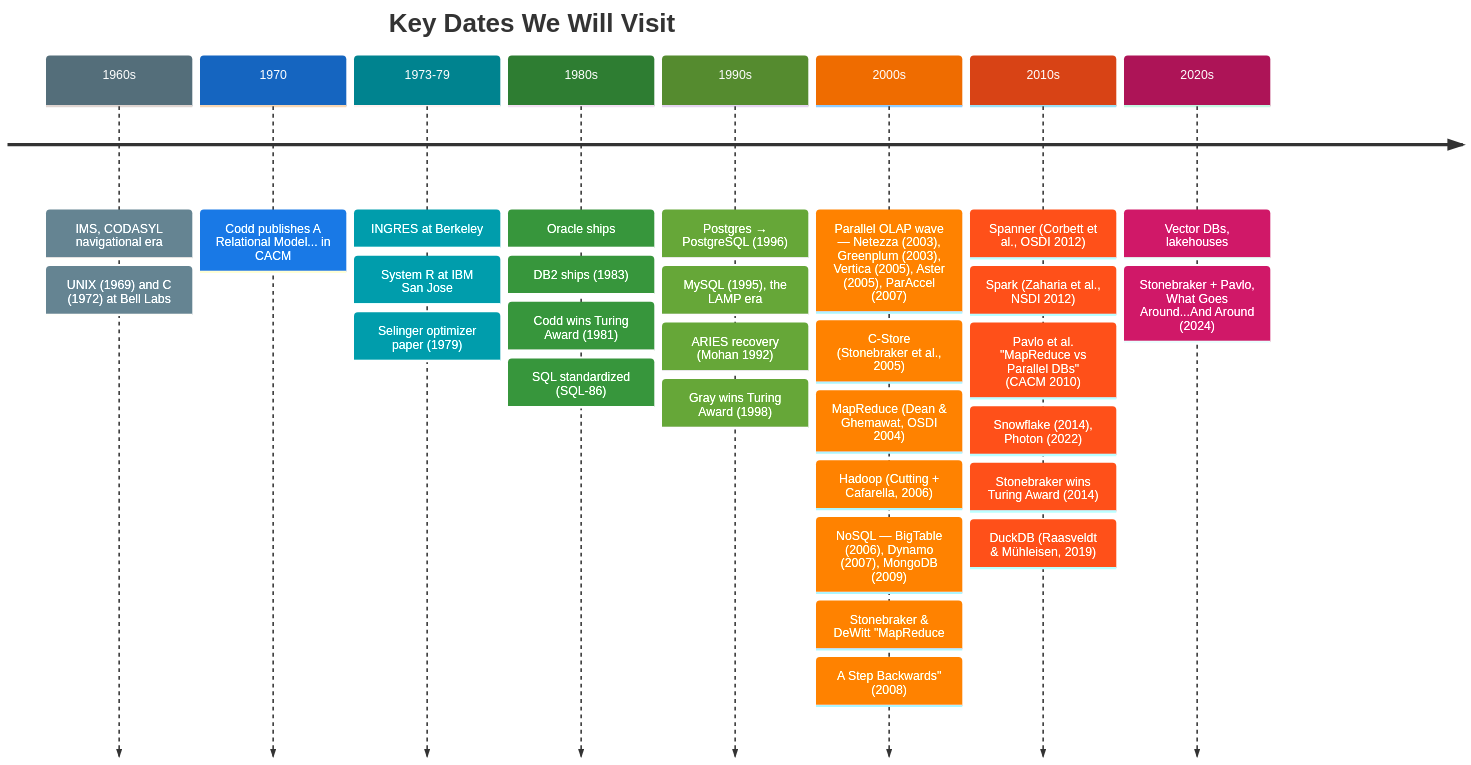
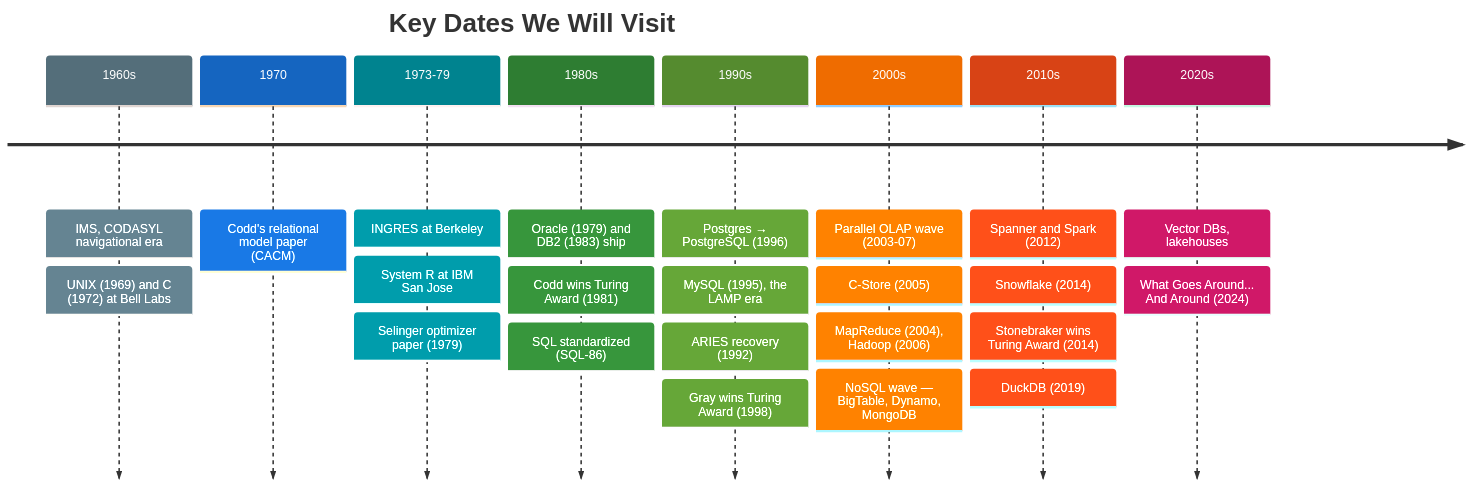
Before and after one commit to ufdatastudio/cop5725fa26: the second of 20 diagrams in lecture-outlines/day2-database-history/slides.md, drawn with Mermaid. The commit also changed other lines of this file and 1 other file, not shown here.

Commit message:
docs: fix portrait cropping, color day 2 timelines, and add Oracle CIA origin

````diff
--- a/lecture-outlines/day2-database-history/slides.md
+++ b/lecture-outlines/day2-database-history/slides.md
@@ -62,42 +62,37 @@
 ```mermaid
 %%{init: {'theme':'base', 'themeVariables': {
   'cScale0':'#546e7a', 'cScaleLabel0':'#ffffff',
   'cScale1':'#1565c0', 'cScaleLabel1':'#ffffff',
   'cScale2':'#00838f', 'cScaleLabel2':'#ffffff',
   'cScale3':'#2e7d32', 'cScaleLabel3':'#ffffff',
   'cScale4':'#558b2f', 'cScaleLabel4':'#ffffff',
   'cScale5':'#ef6c00', 'cScaleLabel5':'#ffffff',
   'cScale6':'#d84315', 'cScaleLabel6':'#ffffff',
   'cScale7':'#ad1457', 'cScaleLabel7':'#ffffff'
 }}}%%
 timeline
   title Key Dates We Will Visit
   1960s : IMS, CODASYL navigational era
         : UNIX (1969) and C (1972) at Bell Labs
-  1970 : Codd publishes A Relational Model... in CACM
+  1970 : Codd's relational model paper (CACM)
   1973-79 : INGRES at Berkeley
           : System R at IBM San Jose
           : Selinger optimizer paper (1979)
-  1980s : Oracle ships
-        : DB2 ships (1983)
+  1980s : Oracle (1979) and DB2 (1983) ship
         : Codd wins Turing Award (1981)
         : SQL standardized (SQL-86)
   1990s : Postgres → PostgreSQL (1996)
         : MySQL (1995), the LAMP era
-        : ARIES recovery (Mohan 1992)
+        : ARIES recovery (1992)
         : Gray wins Turing Award (1998)
-  2000s : Parallel OLAP wave — Netezza (2003), Greenplum (2003), Vertica (2005), Aster (2005), ParAccel (2007)
-        : C-Store (Stonebraker et al., 2005)
-        : MapReduce (Dean & Ghemawat, OSDI 2004)
-        : Hadoop (Cutting + Cafarella, 2006)
-        : NoSQL — BigTable (2006), Dynamo (2007), MongoDB (2009)
-        : Stonebraker & DeWitt "MapReduce: A Step Backwards" (2008)
-  2010s : Spanner (Corbett et al., OSDI 2012)
-        : Spark (Zaharia et al., NSDI 2012)
-        : Pavlo et al. "MapReduce vs Parallel DBs" (CACM 2010)
-        : Snowflake (2014), Photon (2022)
+  2000s : Parallel OLAP wave (2003-07)
+        : C-Store (2005)
+        : MapReduce (2004), Hadoop (2006)
+        : NoSQL wave — BigTable, Dynamo, MongoDB
+  2010s : Spanner and Spark (2012)
+        : Snowflake (2014)
         : Stonebraker wins Turing Award (2014)
-        : DuckDB (Raasveldt & Mühleisen, 2019)
+        : DuckDB (2019)
   2020s : Vector DBs, lakehouses
-        : Stonebraker + Pavlo, What Goes Around...And Around (2024)
+        : What Goes Around... And Around (2024)
 ```
````
